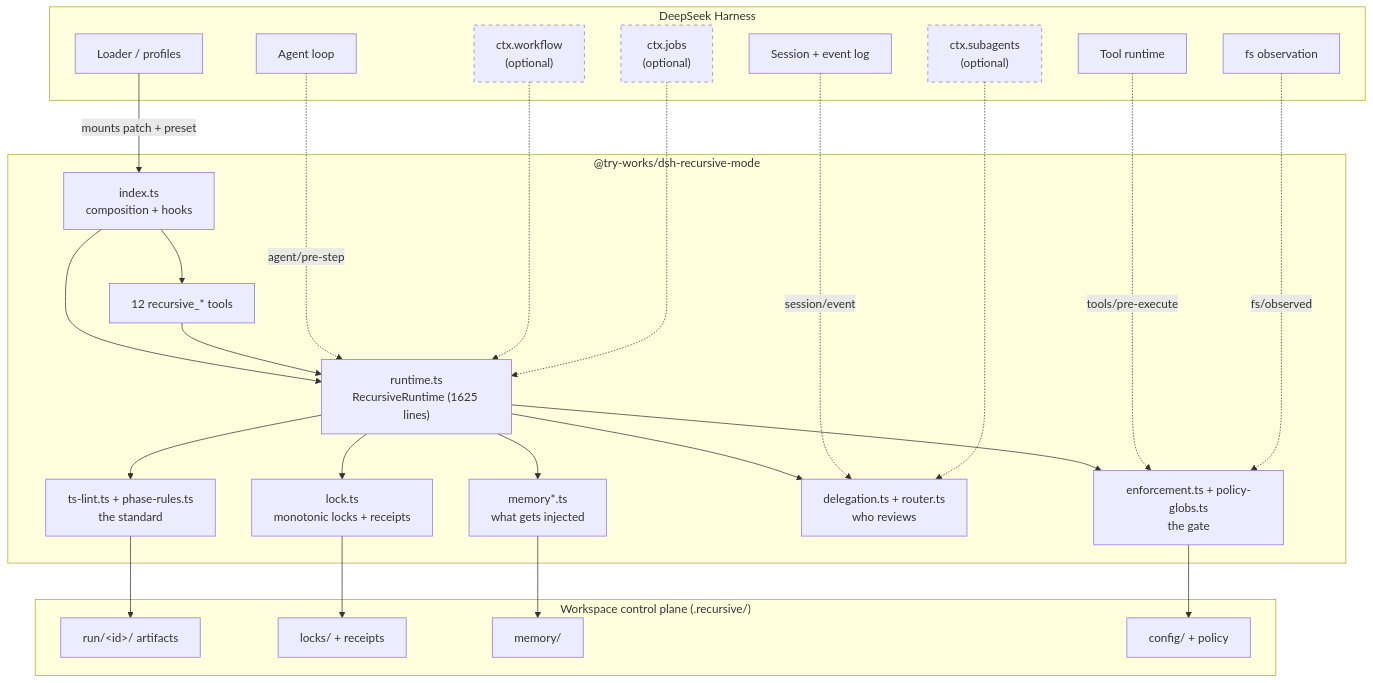
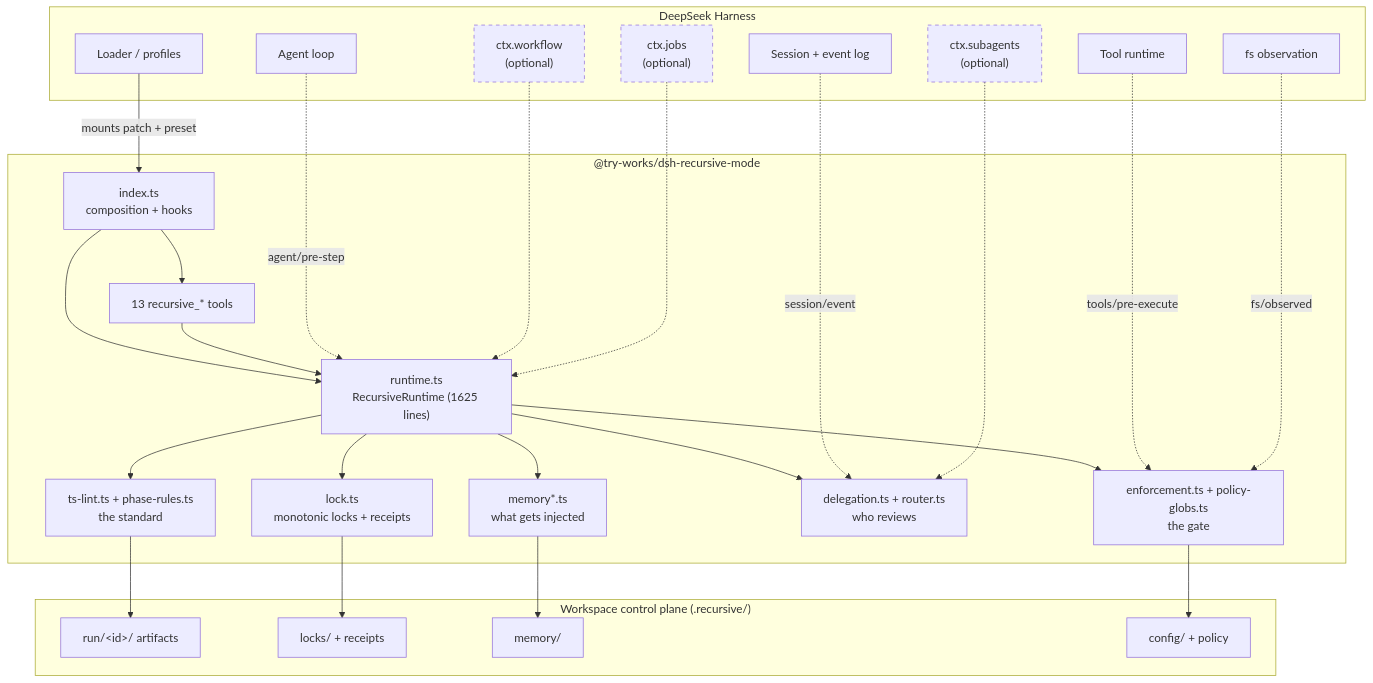
The first of 9 diagrams in README.md (try-works/dsh-recursive-mode), drawn with Mermaid before and after one commit. The commit also changed other lines of this file and 2 other files, not shown here.

````diff
--- a/README.md
+++ b/README.md
@@ -99,57 +99,57 @@
 ```mermaid
 flowchart TB
     subgraph host["DeepSeek Harness"]
         LOADER["Loader / profiles"]
         TOOLS["Tool runtime"]
         SESSION["Session + event log"]
         FS["fs observation"]
         AGENT["Agent loop"]
         SUB["ctx.subagents<br/>(optional)"]
         WF["ctx.workflow<br/>(optional)"]
         JOBS["ctx.jobs<br/>(optional)"]
     end
 
     subgraph plugin["@try-works/dsh-recursive-mode"]
         IDX["index.ts<br/>composition + hooks"]
         RT["runtime.ts<br/>RecursiveRuntime (1625 lines)"]
         GUARD["enforcement.ts + policy-globs.ts<br/>the gate"]
         LINT["ts-lint.ts + phase-rules.ts<br/>the standard"]
         LOCK["lock.ts<br/>monotonic locks + receipts"]
         DELEG["delegation.ts + router.ts<br/>who reviews"]
         MEM["memory*.ts<br/>what gets injected"]
-        TOOLSET["12 recursive_* tools"]
+        TOOLSET["13 recursive_* tools"]
     end
 
     subgraph disk["Workspace control plane (.recursive/)"]
         RUNS["run/&lt;id&gt;/ artifacts"]
         LOCKS["locks/ + receipts"]
         MEMD["memory/"]
         CFG["config/ + policy"]
     end
 
     LOADER -->|"mounts patch + preset"| IDX
     IDX --> RT
     IDX --> TOOLSET
     TOOLSET --> RT
     RT --> GUARD
     RT --> LINT
     RT --> LOCK
     RT --> DELEG
     RT --> MEM
 
     TOOLS -.->|"tools/pre-execute"| GUARD
     FS -.->|"fs/observed"| GUARD
     SESSION -.->|"session/event"| DELEG
     AGENT -.->|"agent/pre-step"| RT
     SUB -.-> DELEG
     WF -.-> RT
     JOBS -.-> RT
 
     LOCK --> LOCKS
     LINT --> RUNS
     MEM --> MEMD
     GUARD --> CFG
 
     classDef opt stroke-dasharray: 5 5
     class SUB,WF,JOBS opt
 ```
````
